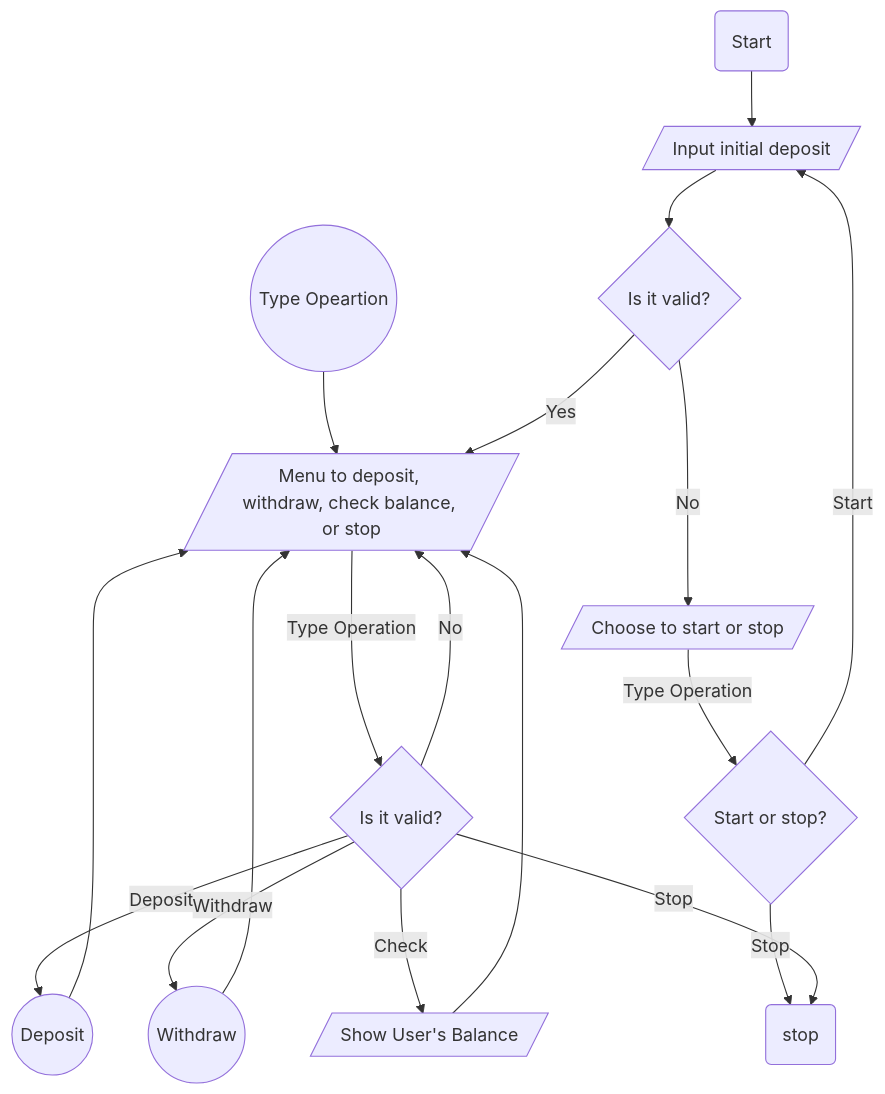
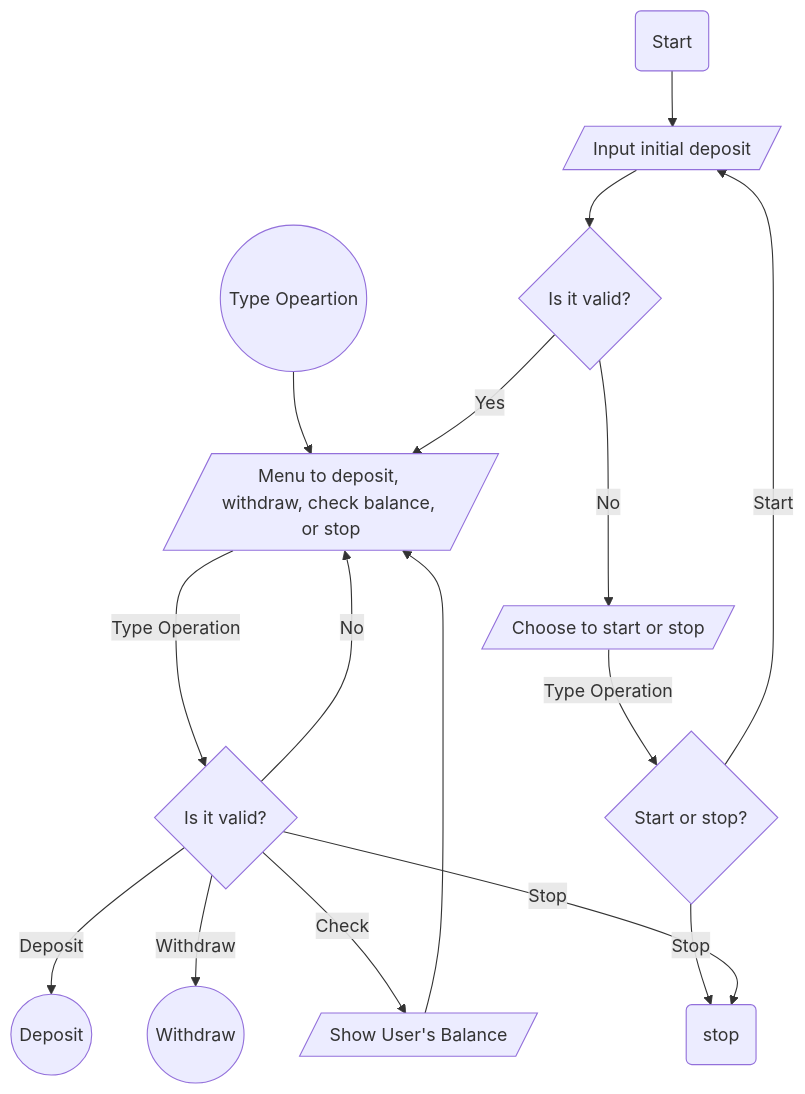
One commit to KevinDylanPrayudi/BEJS_fgabatch2_KevinDylanPrayudi_ChallengeChapter2 changed the first of 3 diagrams in README.md. Above: the diagram before and after it, drawn with Mermaid. The commit also changed other lines of this file, not shown here.

````diff
--- a/README.md
+++ b/README.md
@@ -3,21 +4,19 @@
 ```mermaid
 flowchart TD;
     A(Start)
     A-->B[/Input initial deposit/]
     B-->C{Is it valid?}
     L((Type Opeartion))-->D
     C--Yes-->D[/Menu to deposit, withdraw, check balance, or stop/]
     C--Noo-->E[/Choose to start or stop/]
     E--Type Operation-->F{Start or stop?}
     F--Start-->B
     F--Stop-->G(stop)
     D--Type Operation-->H{Is it valid?}
     H--Noo-->D
     H--Deposit-->I((Deposit))
     H--Withdraw-->J((Withdraw))
     H--Check-->K[/Show User's Balance/]
     H--Stop-->G
-    I-->D
-    J-->D
     K-->D
 ```
````
